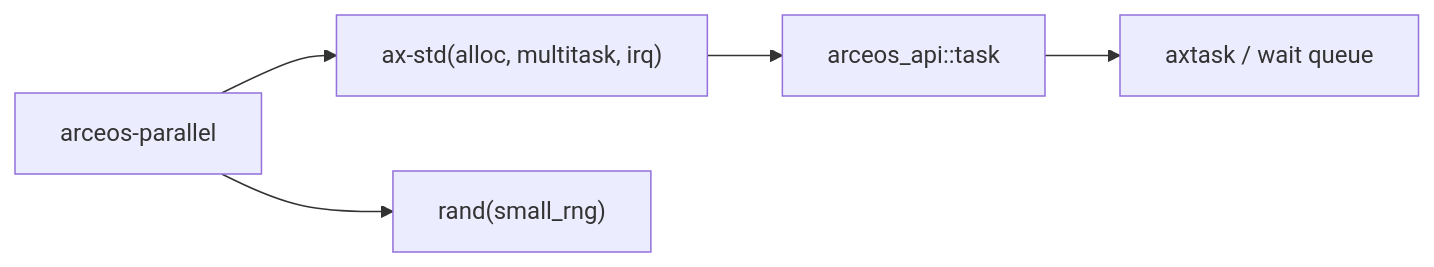
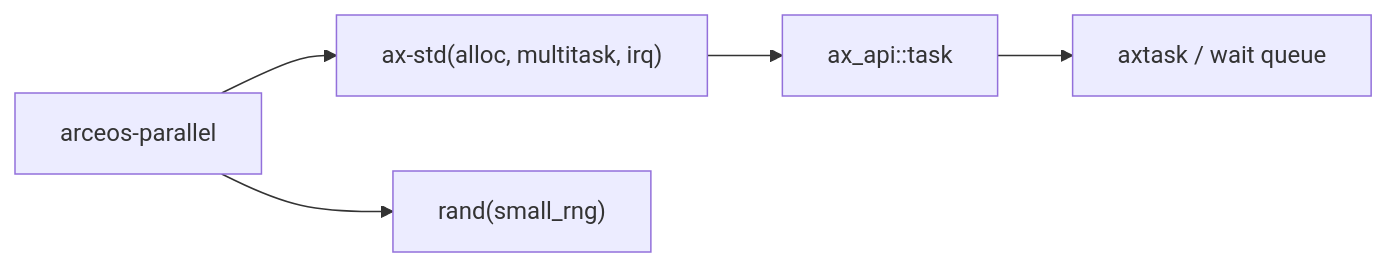
The second of 2 diagrams in docs/crates/arceos-parallel.md (zKurisu/tgoskits), drawn with Mermaid before and after one commit. The commit also changed 61 other files, not shown here.

Commit message:
rename arceos_api to ax-api

````diff
--- a/docs/crates/arceos-parallel.md
+++ b/docs/crates/arceos-parallel.md
@@ -75,7 +75,7 @@
 ```mermaid
 graph LR
     test["arceos-parallel"] --> ax-std["ax-std(alloc, multitask, irq)"]
     test --> rand["rand(small_rng)"]
-    ax-std --> arceos_api["arceos_api::task"]
-    arceos_api --> axtask["axtask / wait queue"]
+    ax-std --> ax-api["ax_api::task"]
+    ax-api --> axtask["axtask / wait queue"]
 ```
````
